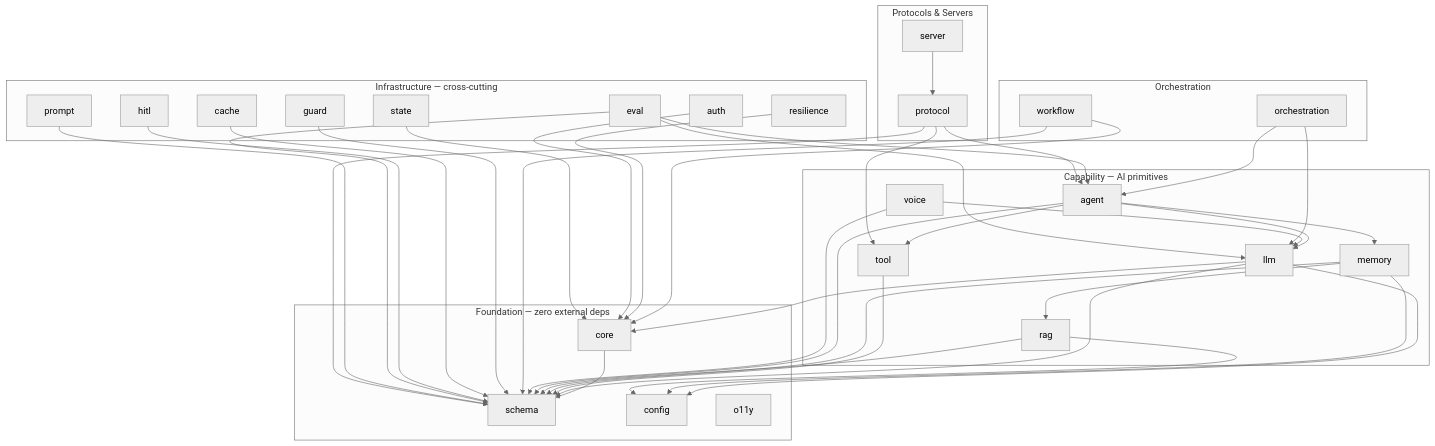
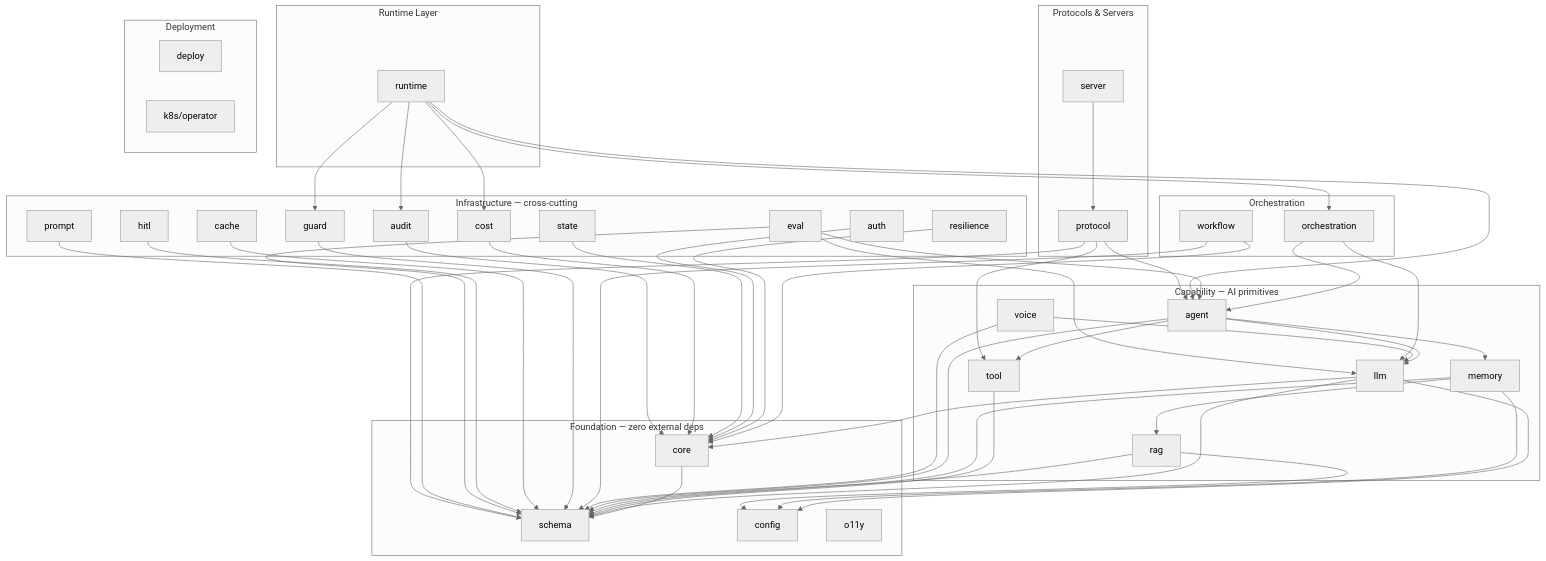
The first of 6 diagrams in docs/website/src/content/docs/docs/architecture/packages.md (lookatitude/beluga-ai), drawn with Mermaid (neutral theme) before and after one commit. The commit also changed other lines of this file, not shown here.

First line of the commit message:
docs: add runtime, cost, audit, deploy, k8s to packages reference

````diff
--- a/docs/website/src/content/docs/docs/architecture/packages.md
+++ b/docs/website/src/content/docs/docs/architecture/packages.md
@@ -22,59 +22,73 @@
 ```mermaid
 graph TB
     subgraph foundation [Foundation — zero external deps]
         core
         schema
         config
         o11y
     end
 
     subgraph capability [Capability — AI primitives]
         llm
         tool
         memory
         rag
         agent
         voice
     end
 
     subgraph orchestration [Orchestration]
         orch["orchestration"]
         workflow
     end
 
     subgraph infrastructure [Infrastructure — cross-cutting]
         guard
         resilience
         cache
         auth
         hitl
         eval
         state
         prompt
+        cost
+        audit
+    end
+
+    subgraph runtime_layer [Runtime Layer]
+        runtime
     end
 
     subgraph protocols [Protocols & Servers]
         protocol
         server
+    end
+
+    subgraph deployment [Deployment]
+        deploy
+        k8s["k8s/operator"]
     end
 
     core --> schema
     llm --> core & schema & config
     tool --> schema
     memory --> schema & config & rag
     rag --> schema & config
     agent --> llm & tool & memory & schema
     voice --> llm & schema
     orch --> agent & llm
     workflow --> core & schema
     guard --> schema
     resilience --> core
     cache --> schema
     auth --> core
     hitl --> schema
     eval --> schema & llm & agent
     state --> core
     prompt --> schema
+    cost --> core
+    audit --> core
+    runtime --> agent & guard & cost & audit & orch
     protocol --> agent & tool & schema
     server --> protocol
 ```
````
